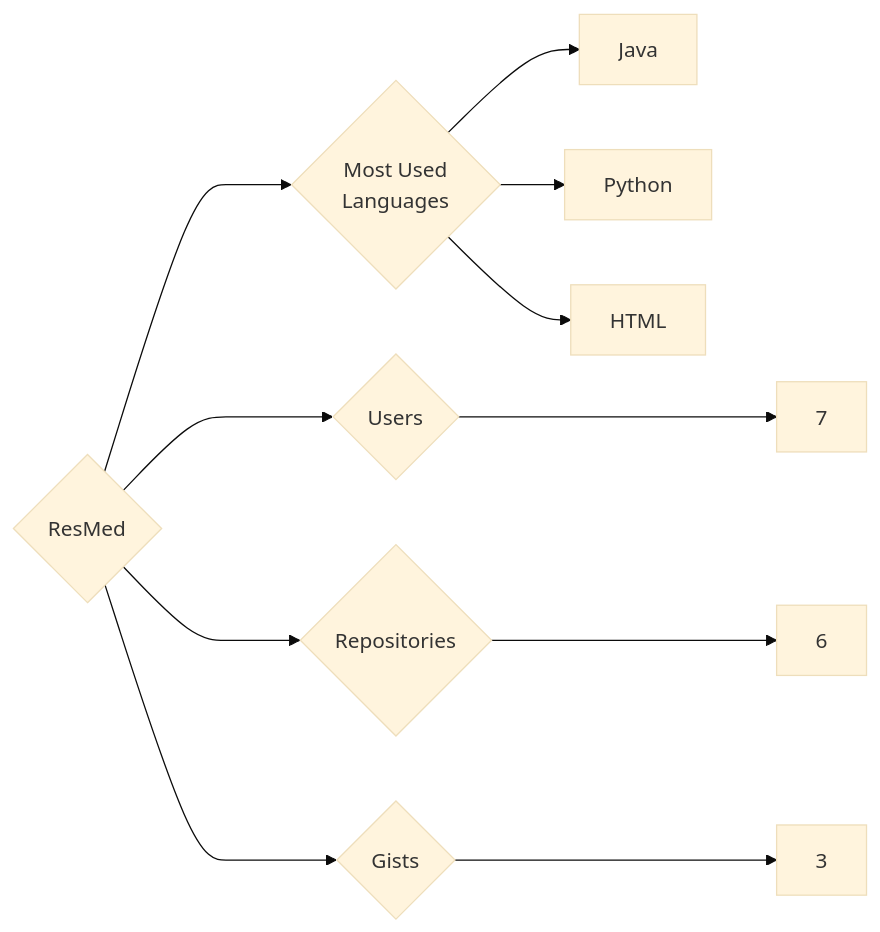
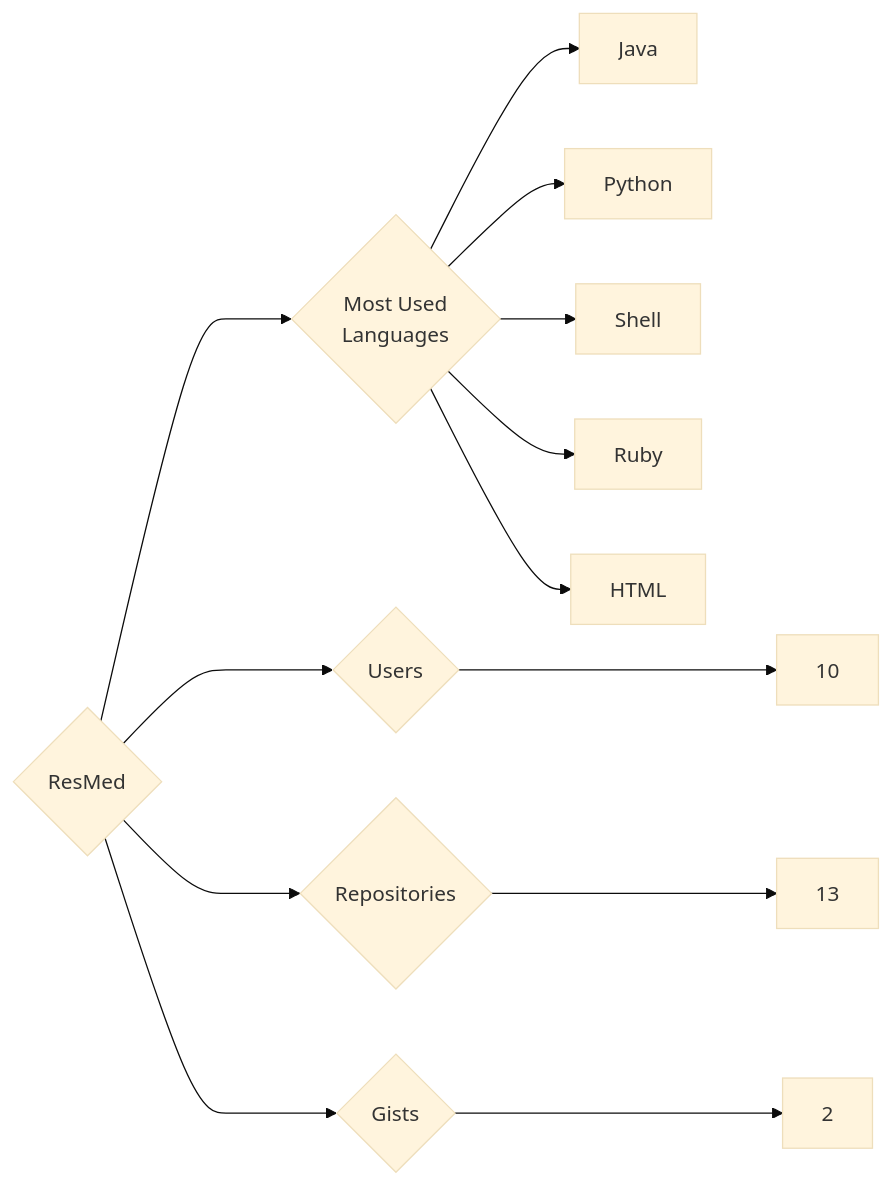
Before and after one commit to trickest/insiders: the diagram in targets/ResMed/README.md, drawn with Mermaid (base theme). The commit also changed 1496 other files, not shown here.

````diff
--- a/targets/ResMed/README.md
+++ b/targets/ResMed/README.md
@@ -3,11 +3,13 @@
 ```mermaid
 graph LR
 COMPANY_NAME{ResMed}
-COMPANY_NAME ---> U{Users} ---> UN[7]
-COMPANY_NAME ---> R{Repositories} ---> RN[6]
-COMPANY_NAME ---> G{Gists} ---> GN[3]
+COMPANY_NAME ---> U{Users} ---> UN[10]
+COMPANY_NAME ---> R{Repositories} ---> RN[13]
+COMPANY_NAME ---> G{Gists} ---> GN[2]
 COMPANY_NAME ---> ML{Most Used<br>Languages}
 ML --> Java[Java]
 ML --> Python[Python]
+ML --> Shell[Shell]
+ML --> Ruby[Ruby]
 ML --> HTML[HTML]
 ```
````
